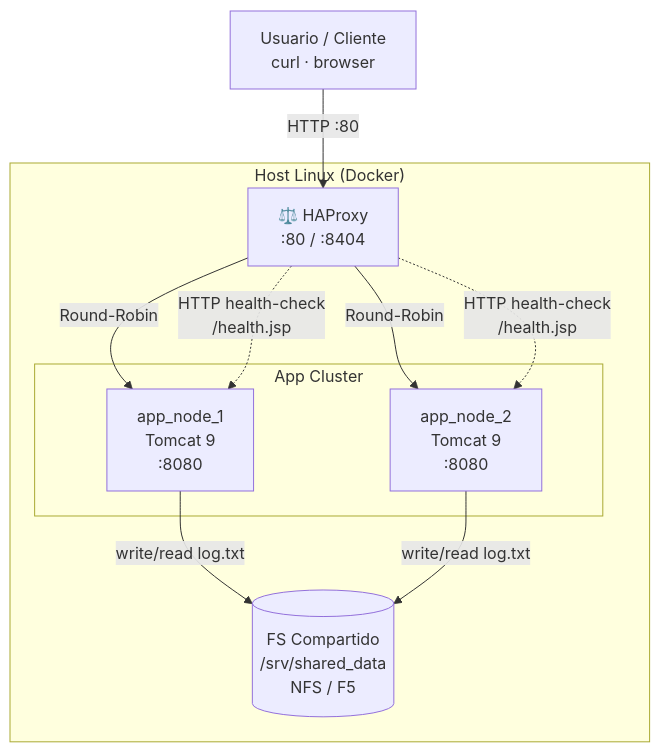
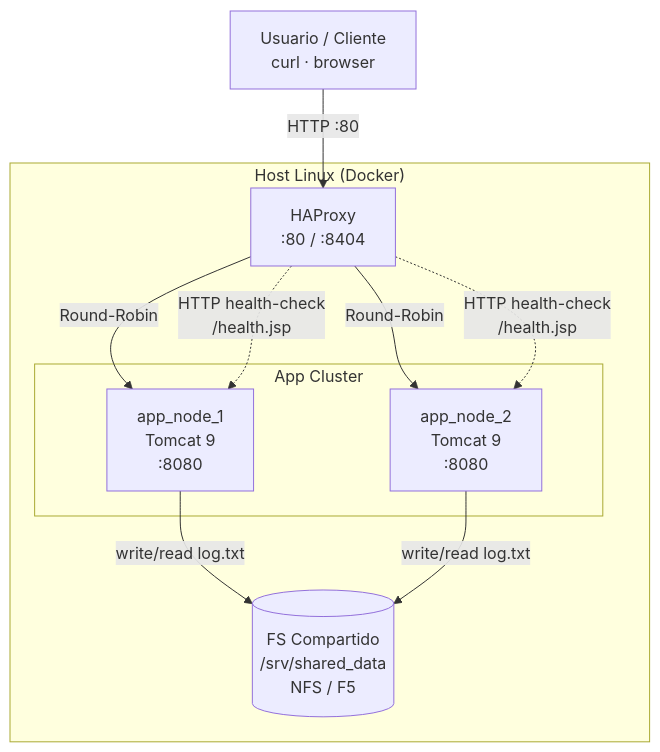
One commit to Sebastian294/homelab-infra changed the diagram in README.md. Above: the diagram before and after it, drawn with Mermaid.

````diff
--- a/README.md
+++ b/README.md
@@ -64,29 +64,29 @@
 ```mermaid
   flowchart TB
     User[ Usuario / Cliente\ncurl · browser]
     
     subgraph Host[" Host Linux (Docker)"]
-        LB[⚖️ HAProxy\n:80 / :8404]
+        LB[ HAProxy\n:80 / :8404]
         
         subgraph Cluster[" App Cluster"]
             A1[ app_node_1\nTomcat 9\n:8080]
             A2[ app_node_2\nTomcat 9\n:8080]
         end
         
         FS[( FS Compartido\n/srv/shared_data\nNFS / F5)]
     end
 
     %% Flujo de tráfico
     User -->|HTTP :80| LB
     LB -->|Round-Robin| A1
     LB -->|Round-Robin| A2
 
     %% Health checks
     LB -.->|HTTP health-check\n/health.jsp| A1
     LB -.->|HTTP health-check\n/health.jsp| A2
 
     %% Volumen compartido
     A1 -->|write/read log.txt| FS
     A2 -->|write/read log.txt| FS
 
 ```
````
